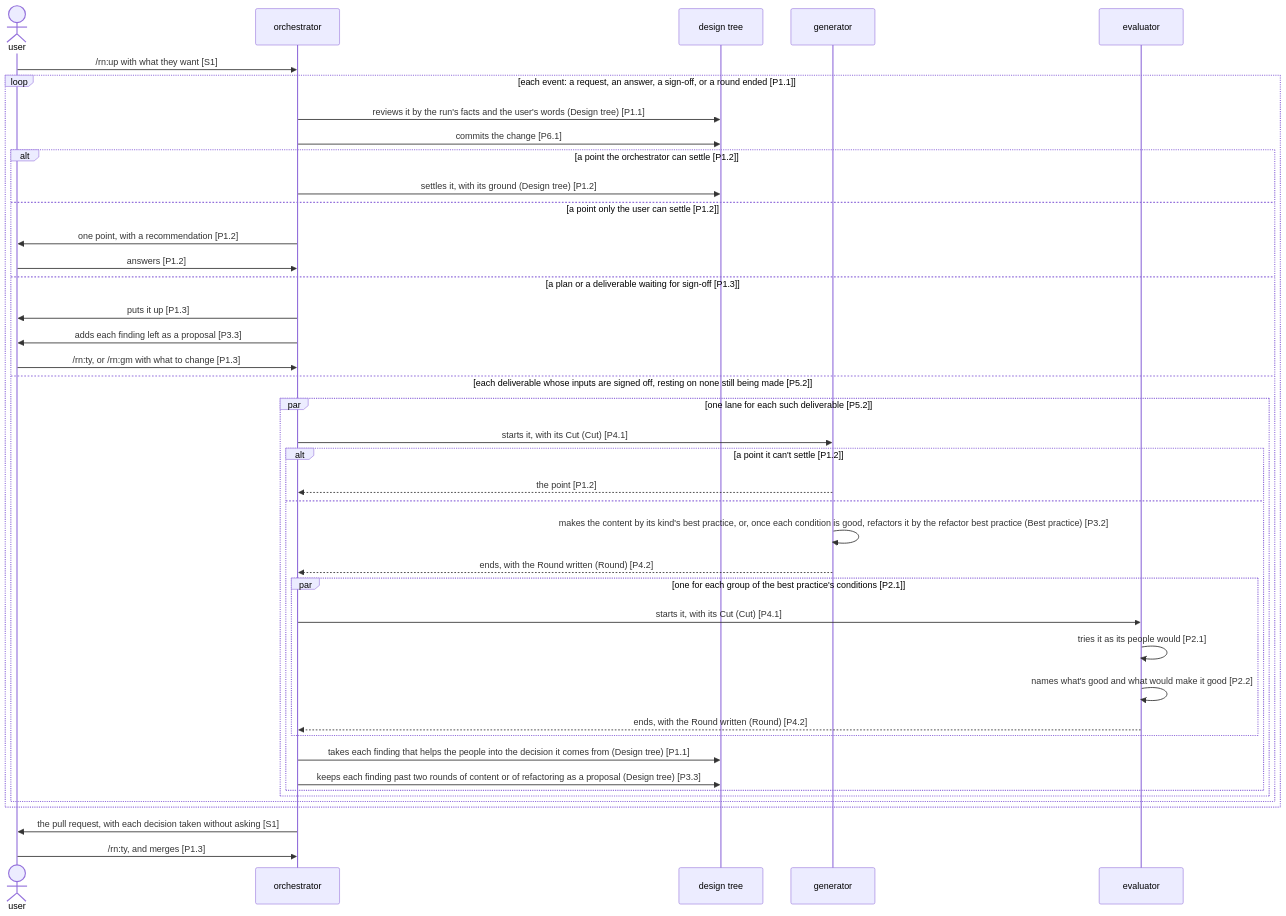
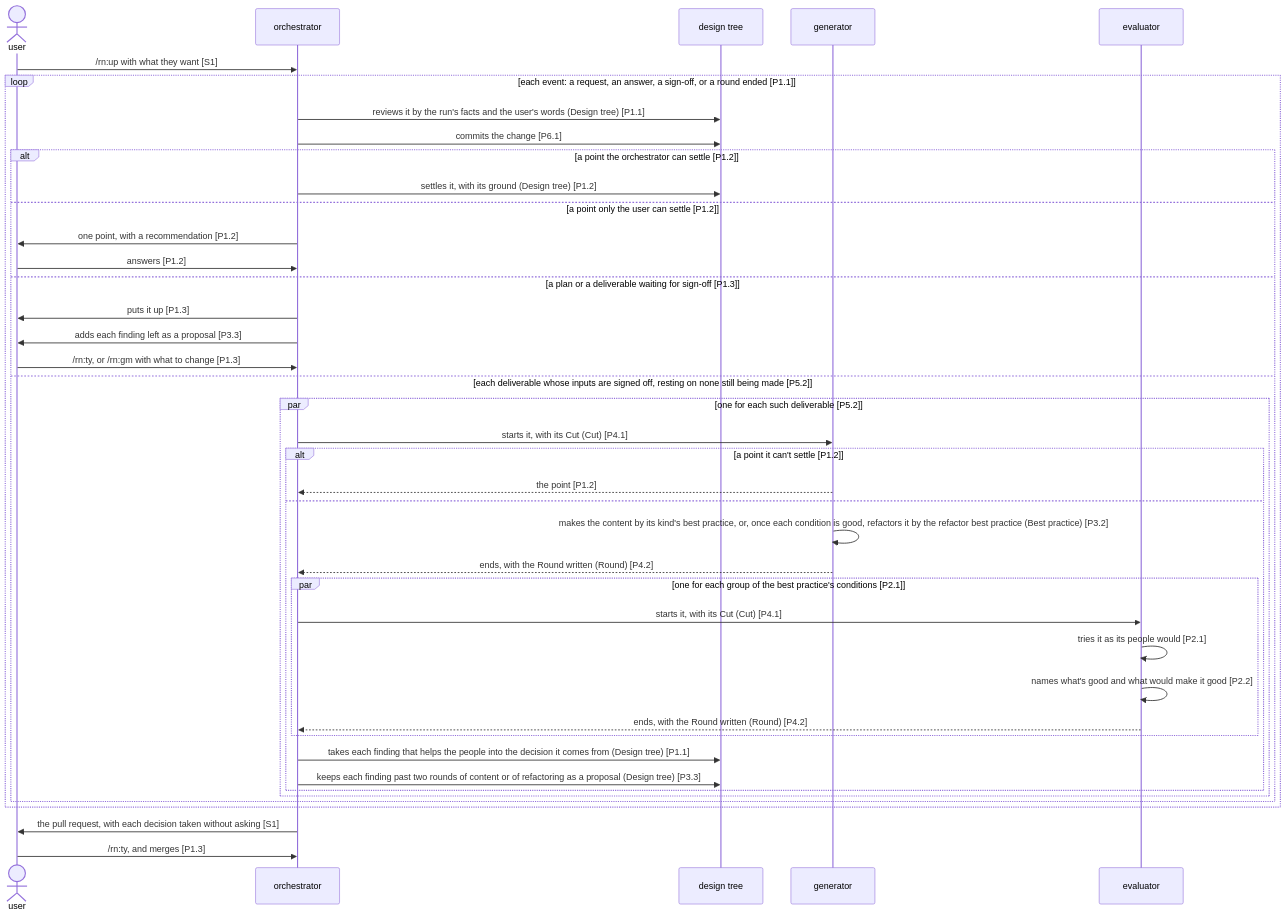
The first of 2 diagrams in dev/rn/architecture.md (lovaizu/ccpm), drawn with Mermaid before and after one commit. The commit also changed other lines of this file, not shown here.

First line of the commit message:
rn's architecture gives Lane its order as the starts due from the design tree, each deliverable's rounds beside the others being made, as Lane now leaves the order to the plugin; rn's rules and adapters lie in lane/ as Lane's form says, its adapters giving the starts due and a step's practices

````diff
--- a/dev/rn/architecture.md
+++ b/dev/rn/architecture.md
@@ -88,43 +89,43 @@
 ```mermaid
 sequenceDiagram
   actor U as user
   participant O as orchestrator
   participant T as design tree
   participant G as generator
   participant E as evaluator
   U->>O: /rn:up with what they want [S1]
   loop each event: a request, an answer, a sign-off, or a round ended [P1.1]
     O->>T: reviews it by the run's facts and the user's words (Design tree) [P1.1]
     O->>T: commits the change [P6.1]
     alt a point the orchestrator can settle [P1.2]
       O->>T: settles it, with its ground (Design tree) [P1.2]
     else a point only the user can settle [P1.2]
       O->>U: one point, with a recommendation [P1.2]
       U->>O: answers [P1.2]
     else a plan or a deliverable waiting for sign-off [P1.3]
       O->>U: puts it up [P1.3]
       O->>U: adds each finding left as a proposal [P3.3]
       U->>O: /rn:ty, or /rn:gm with what to change [P1.3]
     else each deliverable whose inputs are signed off, resting on none still being made [P5.2]
-      par one lane for each such deliverable [P5.2]
+      par one for each such deliverable [P5.2]
         O->>G: starts it, with its Cut (Cut) [P4.1]
         alt a point it can't settle [P1.2]
           G-->>O: the point [P1.2]
         else
           G->>G: makes the content by its kind's best practice, or, once each condition is good, refactors it by the refactor best practice (Best practice) [P3.2]
           G-->>O: ends, with the Round written (Round) [P4.2]
           par one for each group of the best practice's conditions [P2.1]
             O->>E: starts it, with its Cut (Cut) [P4.1]
             E->>E: tries it as its people would [P2.1]
             E->>E: names what's good and what would make it good [P2.2]
             E-->>O: ends, with the Round written (Round) [P4.2]
           end
           O->>T: takes each finding that helps the people into the decision it comes from (Design tree) [P1.1]
           O->>T: keeps each finding past two rounds of content or of refactoring as a proposal (Design tree) [P3.3]
         end
       end
     end
   end
   O->>U: the pull request, with each decision taken without asking [S1]
   U->>O: /rn:ty, and merges [P1.3]
 ```
````
